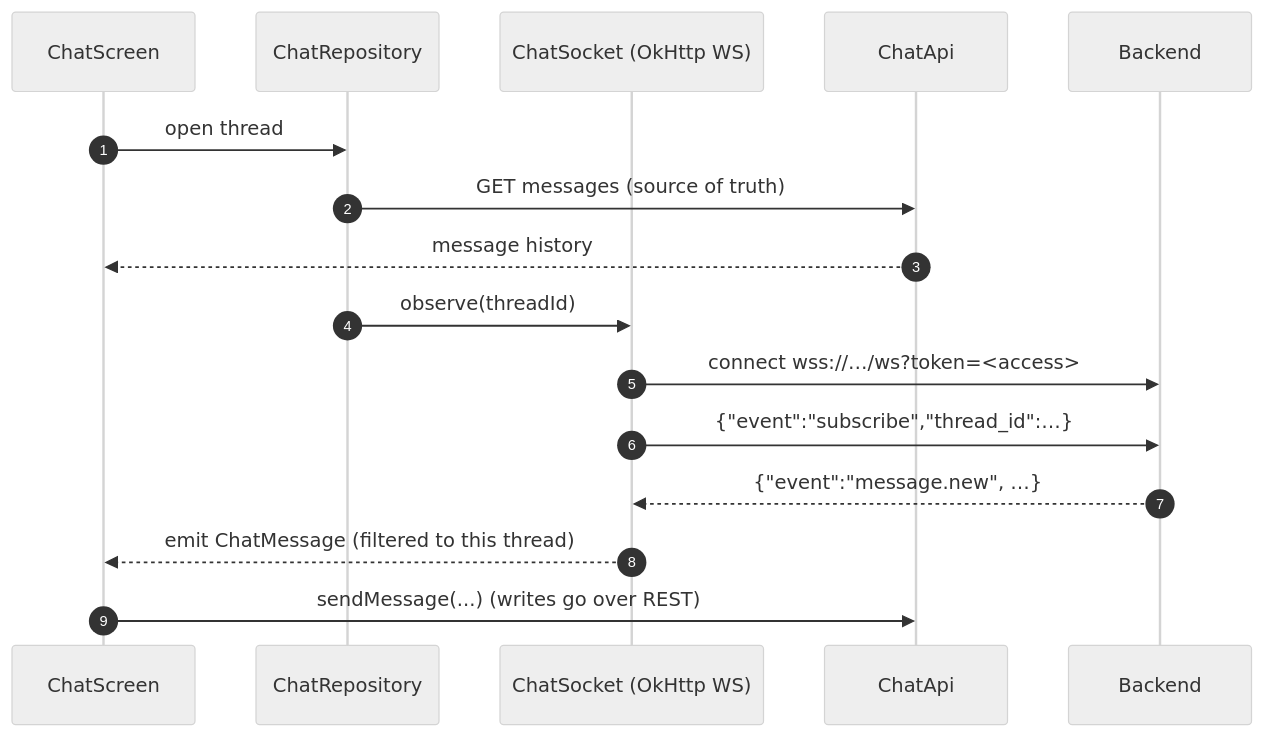
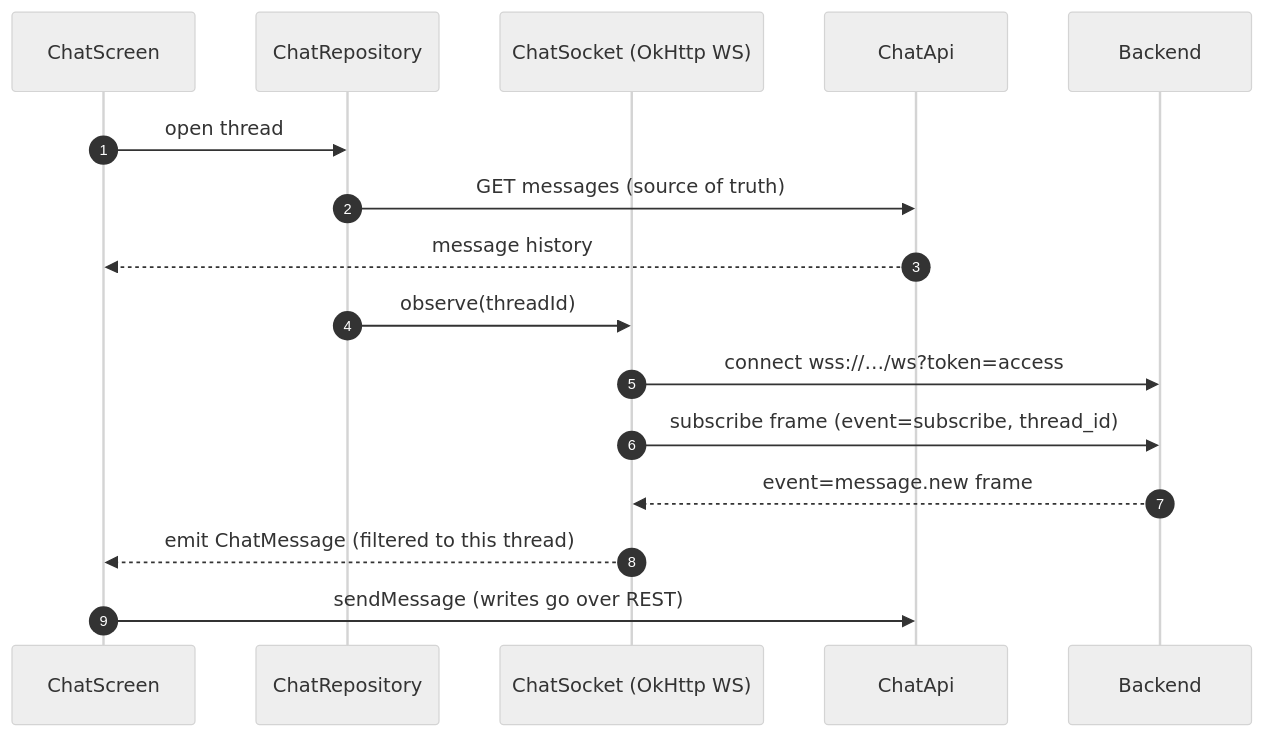
The ninth of 11 diagrams in docs/near_aid_app_system-design.md (alfaruk16/near_aid_app), drawn with Mermaid (neutral theme) before and after one commit. The commit also changed other lines of this file, not shown here.

First line of the commit message:
docs: fix Mermaid parse errors in system-design diagrams

````diff
--- a/docs/near_aid_app_system-design.md
+++ b/docs/near_aid_app_system-design.md
@@ -313,19 +313,19 @@
 ```mermaid
 sequenceDiagram
     autonumber
     participant UI as ChatScreen
     participant Repo as ChatRepository
     participant WS as ChatSocket (OkHttp WS)
     participant REST as ChatApi
     participant API as Backend
 
     UI->>Repo: open thread
     Repo->>REST: GET messages (source of truth)
     REST-->>UI: message history
     Repo->>WS: observe(threadId)
-    WS->>API: connect wss://…/ws?token=<access>
-    WS->>API: {"event":"subscribe","thread_id":…}
-    API-->>WS: {"event":"message.new", …}
+    WS->>API: connect wss://…/ws?token=access
+    WS->>API: subscribe frame (event=subscribe, thread_id)
+    API-->>WS: event=message.new frame
     WS-->>UI: emit ChatMessage (filtered to this thread)
-    UI->>REST: sendMessage(...) (writes go over REST)
+    UI->>REST: sendMessage (writes go over REST)
 ```
````
